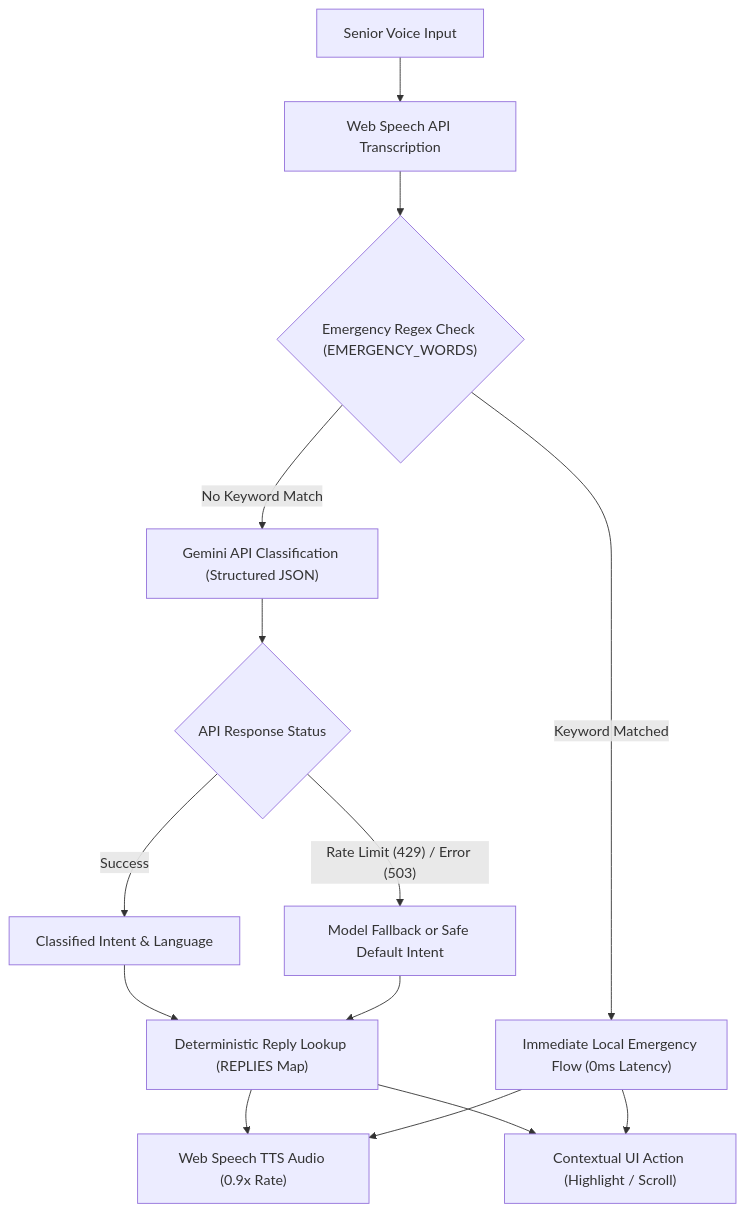
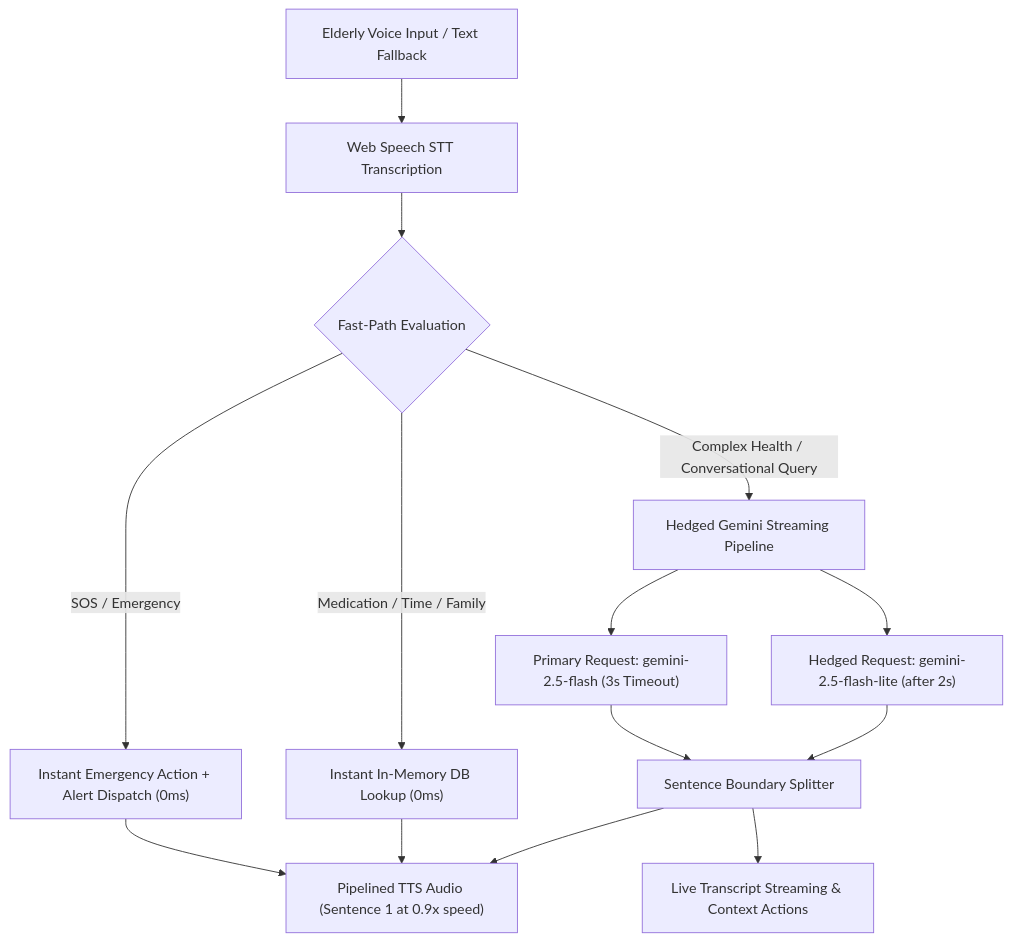
The diagram in README.md (lakshmitamanvi-pixel/ELDERVOICEAI), drawn with Mermaid before and after one commit. The commit also changed other lines of this file, not shown here.

Commit message:
docs: update README with architecture, safety disclaimer, and benchmark details

````diff
--- a/README.md
+++ b/README.md
@@ -60,16 +139,21 @@
 ```mermaid
 flowchart TD
-    A["Senior Voice Input"] --> B["Web Speech API Transcription"]
-    B --> C{"Emergency Regex Check (EMERGENCY_WORDS)"}
-    C -- "Keyword Matched" --> D["Immediate Local Emergency Flow (0ms Latency)"]
-    C -- "No Keyword Match" --> E["Gemini API Classification (Structured JSON)"]
-    E --> F{"API Response Status"}
-    F -- "Success" --> G["Classified Intent & Language"]
-    F -- "Rate Limit (429) / Error (503)" --> H["Model Fallback or Safe Default Intent"]
-    G --> I["Deterministic Reply Lookup (REPLIES Map)"]
+    A["Elderly Voice Input / Text Fallback"] --> B["Web Speech STT Transcription"]
+    B --> C{"Fast-Path Evaluation"}
+    
+    C -- "SOS / Emergency" --> D["Instant Emergency Action + Alert Dispatch (0ms)"]
+    C -- "Medication / Time / Family" --> E["Instant In-Memory DB Lookup (0ms)"]
+    C -- "Complex Health / Conversational Query" --> F["Hedged Gemini Streaming Pipeline"]
+    
+    F --> G["Primary Request: gemini-2.5-flash (3s Timeout)"]
+    F --> H["Hedged Request: gemini-2.5-flash-lite (after 2s)"]
+    
+    G --> I["Sentence Boundary Splitter"]
     H --> I
-    I --> J["Web Speech TTS Audio (0.9x Rate)"]
-    I --> K["Contextual UI Action (Highlight / Scroll)"]
+    
+    I --> J["Pipelined TTS Audio (Sentence 1 at 0.9x speed)"]
+    I --> K["Live Transcript Streaming & Context Actions"]
+    
     D --> J
-    D --> K
+    E --> J
 ```
````
